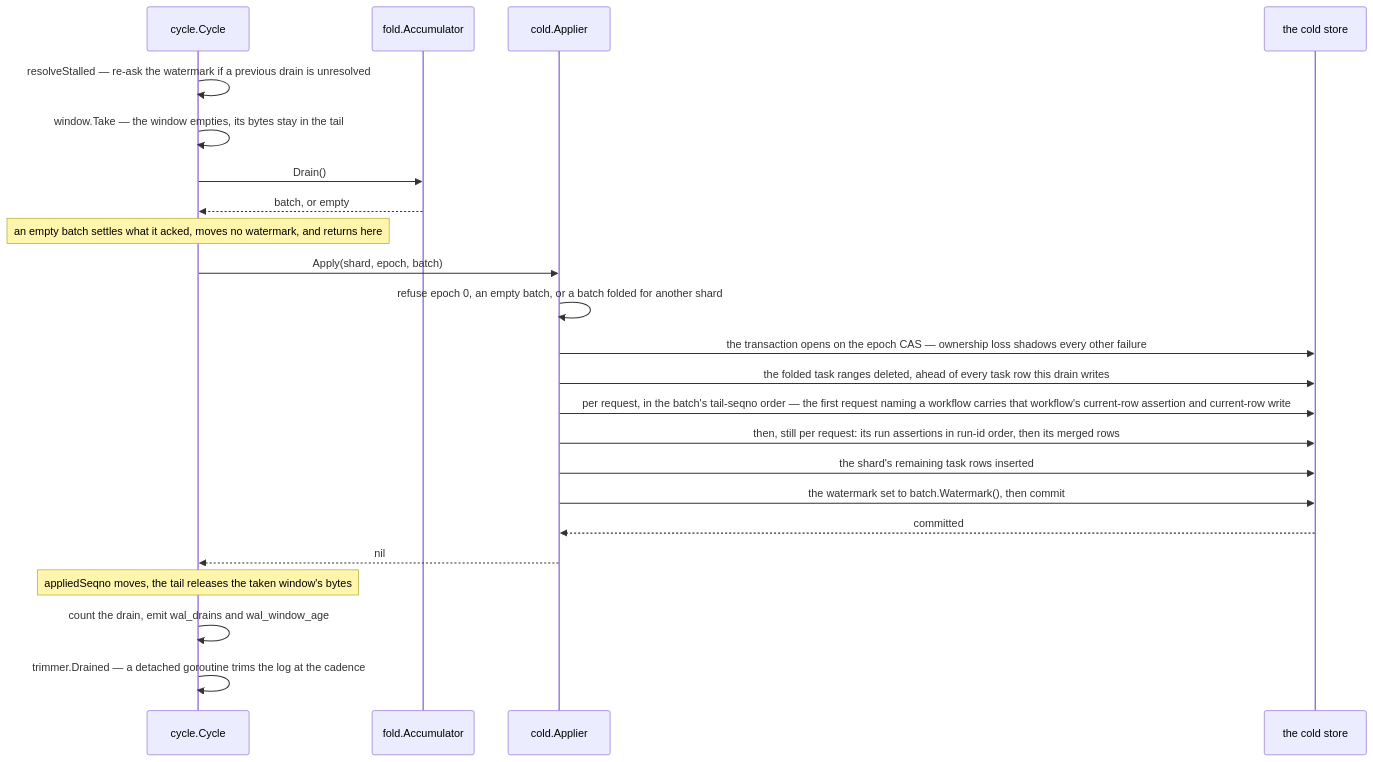
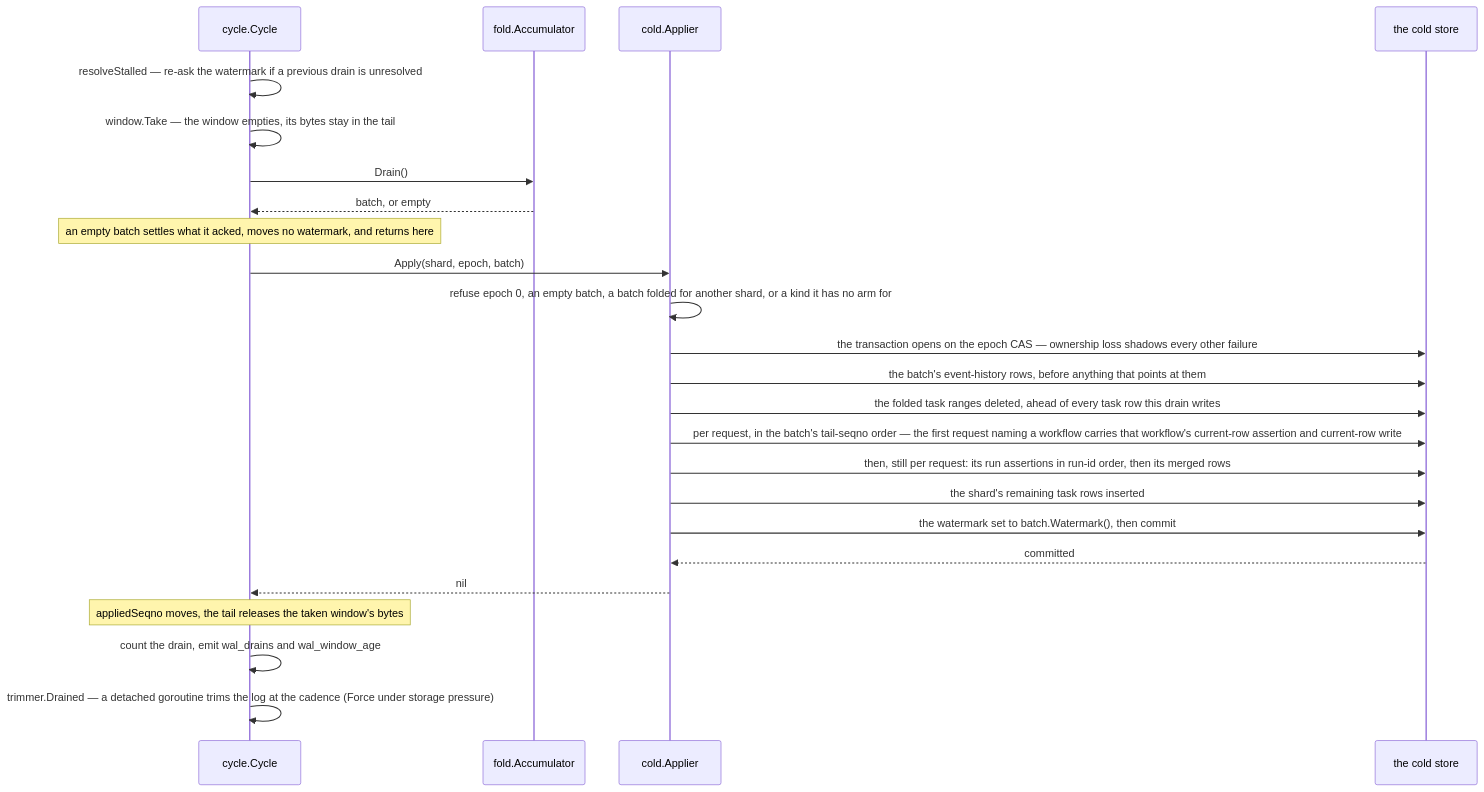
One commit to aromanovich/waltz changed the third of 10 diagrams in docs/handbook/05-write-path.md. Above: the diagram before and after it, drawn with Mermaid. The commit also changed other lines of this file and 42 other files, not shown here.

````diff
--- a/docs/handbook/05-write-path.md
+++ b/docs/handbook/05-write-path.md
@@ -175,26 +181,27 @@
 ```mermaid
 sequenceDiagram
   participant CY as cycle.Cycle
   participant ACC as fold.Accumulator
   participant AP as cold.Applier
   participant CS as the cold store
 
   CY->>CY: resolveStalled — re-ask the watermark if a previous drain is unresolved
   CY->>CY: window.Take — the window empties, its bytes stay in the tail
   CY->>ACC: Drain()
   ACC-->>CY: batch, or empty
   Note over CY: an empty batch settles what it acked, moves no watermark, and returns here
   CY->>AP: Apply(shard, epoch, batch)
-  AP->>AP: refuse epoch 0, an empty batch, or a batch folded for another shard
+  AP->>AP: refuse epoch 0, an empty batch, a batch folded for another shard, or a kind it has no arm for
   AP->>CS: the transaction opens on the epoch CAS — ownership loss shadows every other failure
+  AP->>CS: the batch's event-history rows, before anything that points at them
   AP->>CS: the folded task ranges deleted, ahead of every task row this drain writes
   AP->>CS: per request, in the batch's tail-seqno order — the first request naming a workflow carries that workflow's current-row assertion and current-row write
   AP->>CS: then, still per request: its run assertions in run-id order, then its merged rows
   AP->>CS: the shard's remaining task rows inserted
   AP->>CS: the watermark set to batch.Watermark(), then commit
   CS-->>AP: committed
   AP-->>CY: nil
   Note over CY: appliedSeqno moves, the tail releases the taken window's bytes
   CY->>CY: count the drain, emit wal_drains and wal_window_age
-  CY->>CY: trimmer.Drained — a detached goroutine trims the log at the cadence
+  CY->>CY: trimmer.Drained — a detached goroutine trims the log at the cadence (Force under storage pressure)
 ```
````
